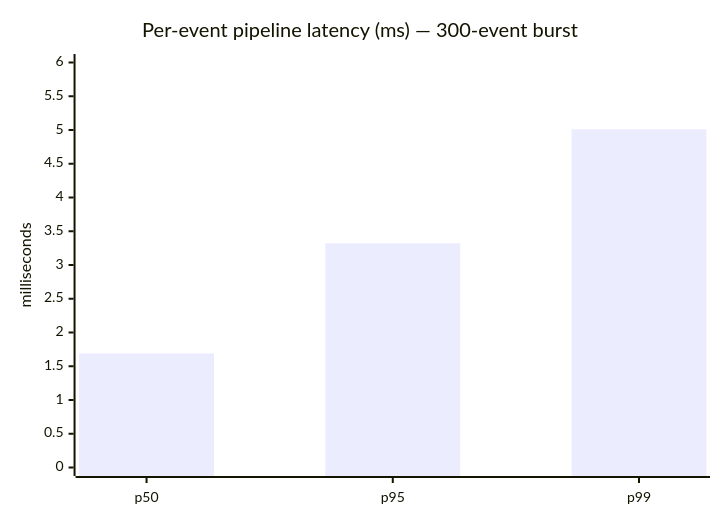
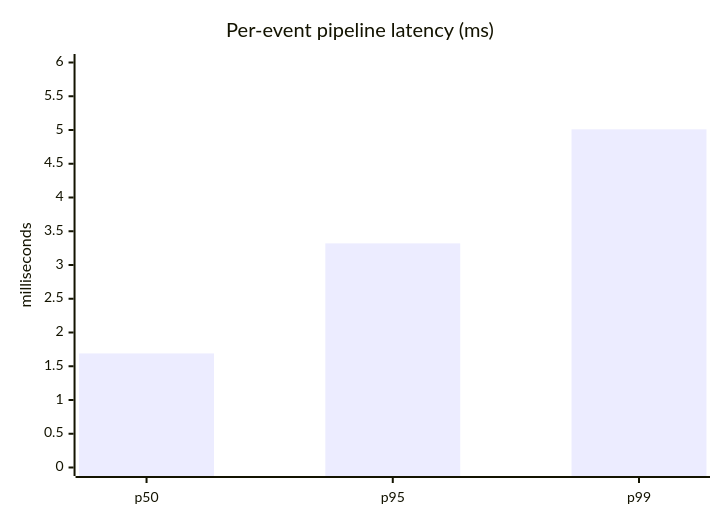
The diagram in README.md (TannerMidd/elite-dangerous-streambot), drawn with Mermaid before and after one commit. The commit also changed other lines of this file, not shown here.

````diff
--- a/README.md
+++ b/README.md
@@ -140,7 +69,7 @@
 ```mermaid
 xychart-beta
-    title "Per-event pipeline latency (ms) — 300-event burst"
+    title "Per-event pipeline latency (ms)"
     x-axis ["p50", "p95", "p99"]
     y-axis "milliseconds" 0 --> 6
     bar [1.69, 3.32, 5.01]
 ```
````
